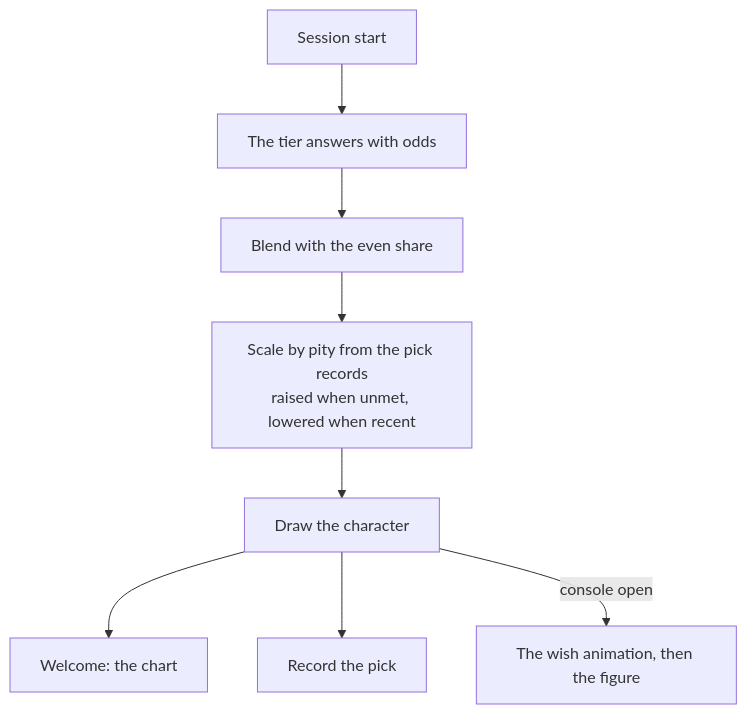
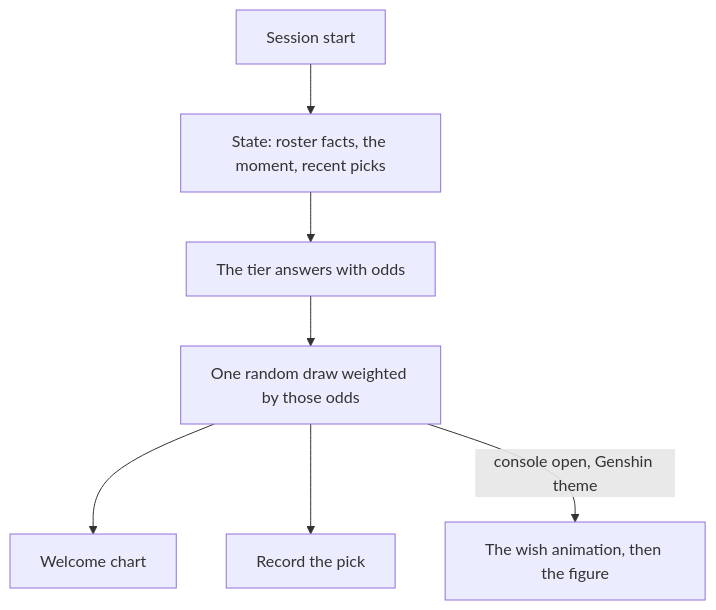
The diagram in apps/web/content/docs/proposals/infra/agent-console/wish-banner.md (Esposter/Esposter), drawn with Mermaid before and after one commit. The commit also changed other lines of this file and 13 other files, not shown here.

````diff
--- a/apps/web/content/docs/proposals/infra/agent-console/wish-banner.md
+++ b/apps/web/content/docs/proposals/infra/agent-console/wish-banner.md
@@ -23,10 +23,9 @@
 ```mermaid
 flowchart TD
-  S[Session start] --> T[The tier answers with odds]
-  T --> B[Blend with the even share]
-  B --> P[Scale by pity from the pick records<br/>raised when unmet, lowered when recent]
-  P --> D[Draw the character]
-  D --> W[Welcome: the chart]
+  S[Session start] --> ST[State: roster facts, the moment, recent picks]
+  ST --> T[The tier answers with odds]
+  T --> D[One random draw weighted by those odds]
+  D --> W[Welcome chart]
   D --> R[Record the pick]
-  D -->|console open| A[The wish animation, then the figure]
+  D -->|console open, Genshin theme| A[The wish animation, then the figure]
 ```
````
